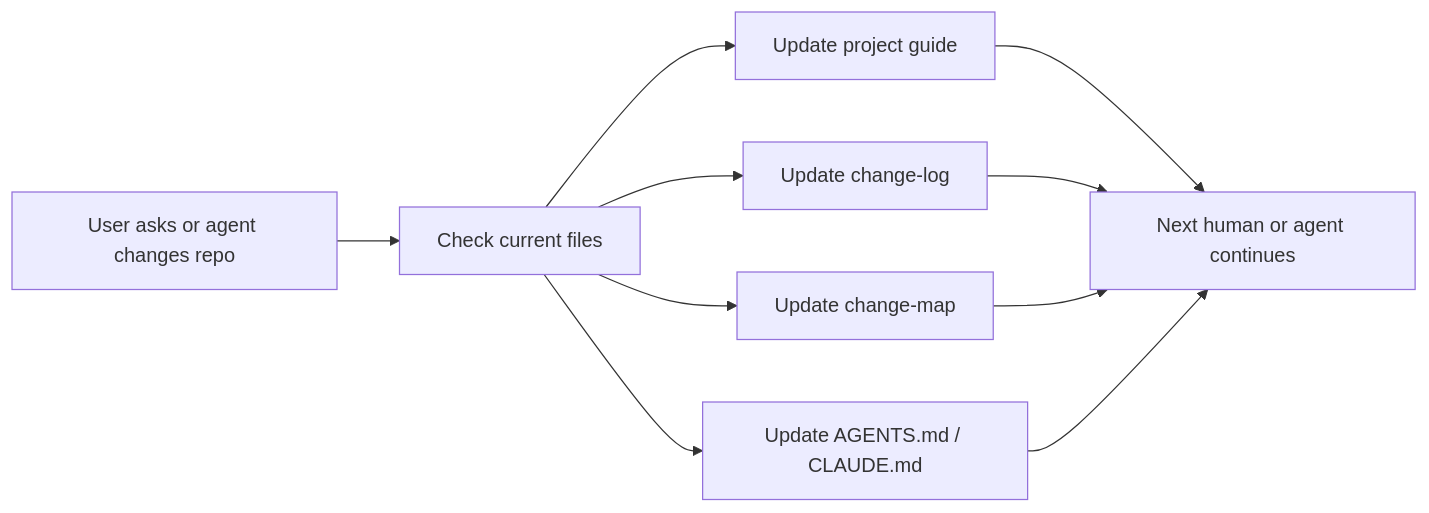
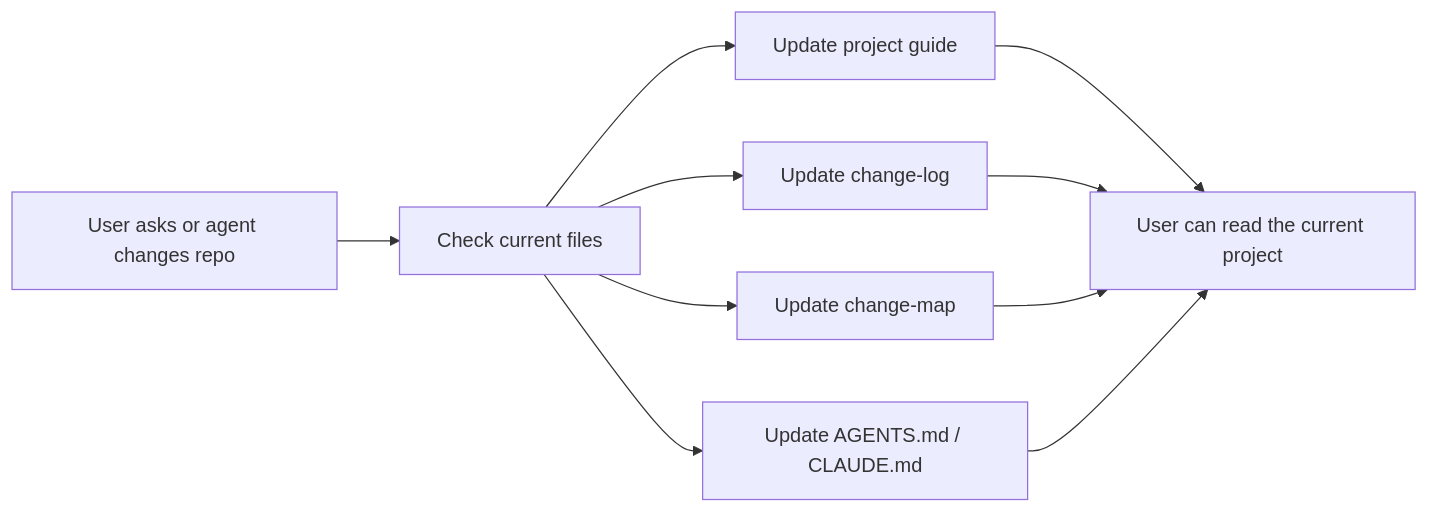
Before and after one commit to YurunChen/repo-docs-skills: the diagram in README.md, drawn with Mermaid. The commit also changed other lines of this file and 3 other files, not shown here.

````diff
--- a/README.md
+++ b/README.md
@@ -108,12 +108,12 @@
 ```mermaid
 flowchart LR
   A["User asks or agent changes repo"] --> B["Check current files"]
   B --> C["Update project guide"]
   B --> D["Update change-log"]
   B --> E["Update change-map"]
   B --> F["Update AGENTS.md / CLAUDE.md"]
-  C --> G["Next human or agent continues"]
+  C --> G["User can read the current project"]
   D --> G
   E --> G
   F --> G
 ```
````
